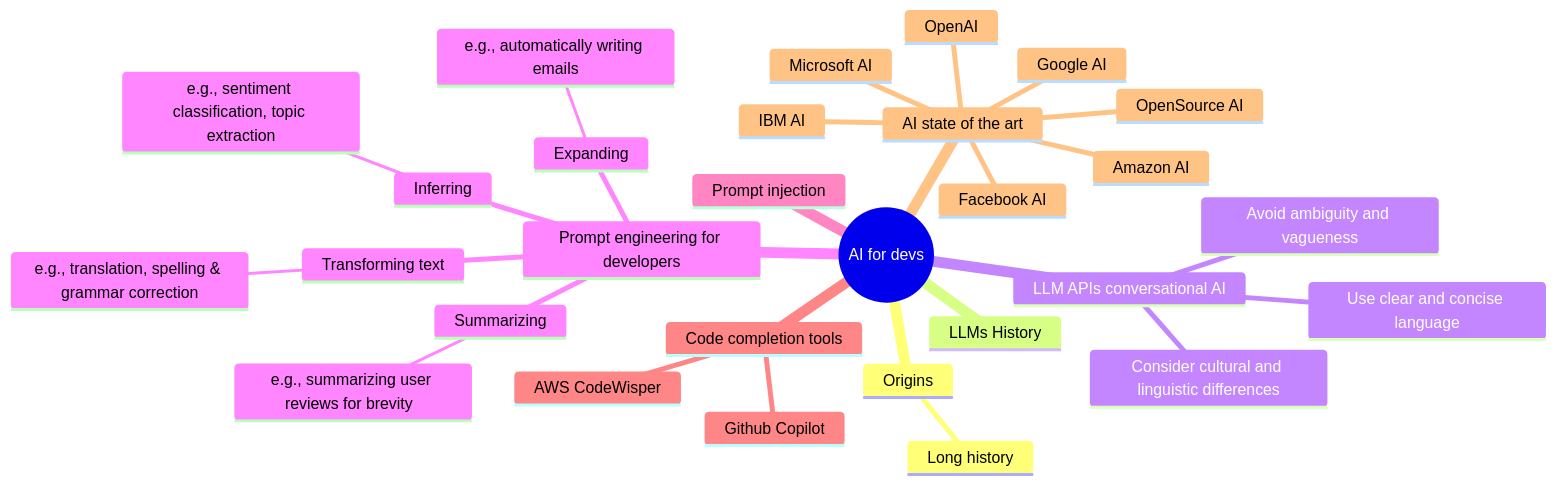
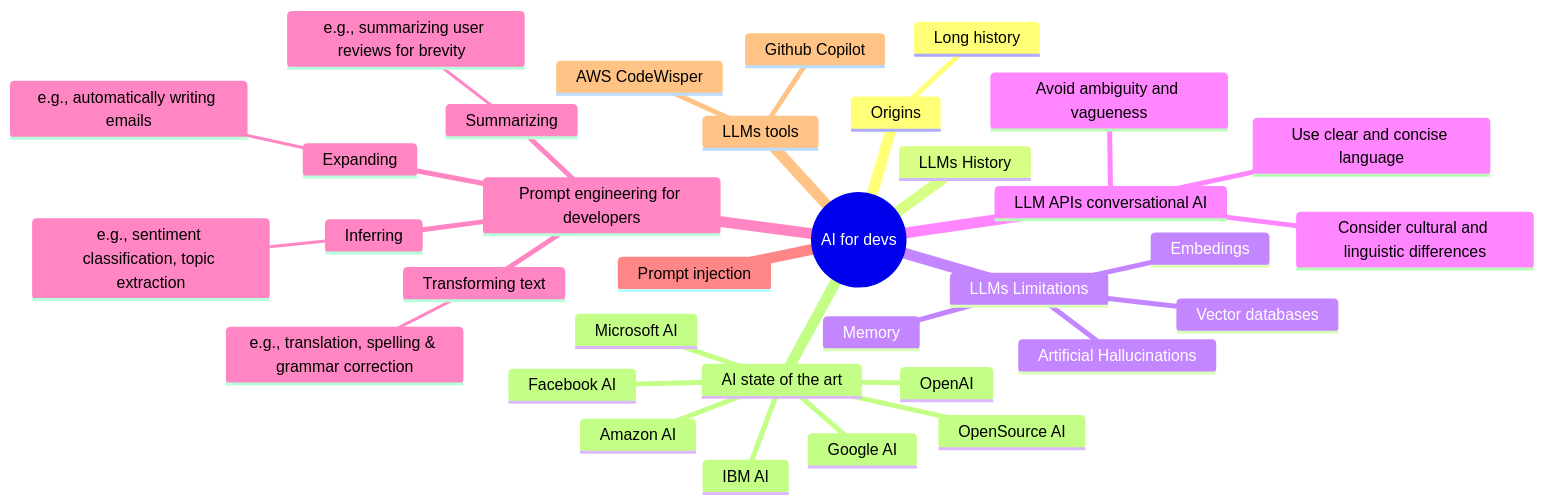
The diagram in README.md (adben/prompt-engineering), drawn with Mermaid before and after one commit. The commit also changed 4 other files, not shown here.

````diff
--- a/README.md
+++ b/README.md
@@ -25,39 +25,46 @@
 ```mermaid
 mindmap
   root((AI for devs))
     Origins
     ::icon(fa fa-book)
         Long history
     LLMs History
     ::icon(fa fa-book-open)
+    LLMs Limitations
+    ::icon(fa fa-book-reader)
+        Artificial Hallucinations
+        Memory
+        Vector databases
+        Embedings
     LLM APIs conversational AI
     ::icon(fa fa-book-reader)
         Use clear and concise language
         Avoid ambiguity and vagueness
         Consider cultural and linguistic differences
     Prompt engineering for developers
     ::icon(fa fa-bookmark)
         Summarizing 
             e.g., summarizing user reviews for brevity  
         Inferring 
             e.g., sentiment classification, topic extraction
         Transforming text   
             e.g., translation, spelling & grammar correction
         Expanding 
             e.g., automatically writing emails
     Prompt injection
     ::icon(fa fa-bookmark-o)
-    Code completion tools
+    LLMs tools
     ::icon(fa fa-book-dead)
         Github Copilot
         AWS CodeWisper
+        
     AI state of the art
     ::icon(fa fa-books)
         Google AI
         OpenSource AI
         Facebook AI
         OpenAI
         Microsoft AI
         IBM AI
         Amazon AI
 ```
````
